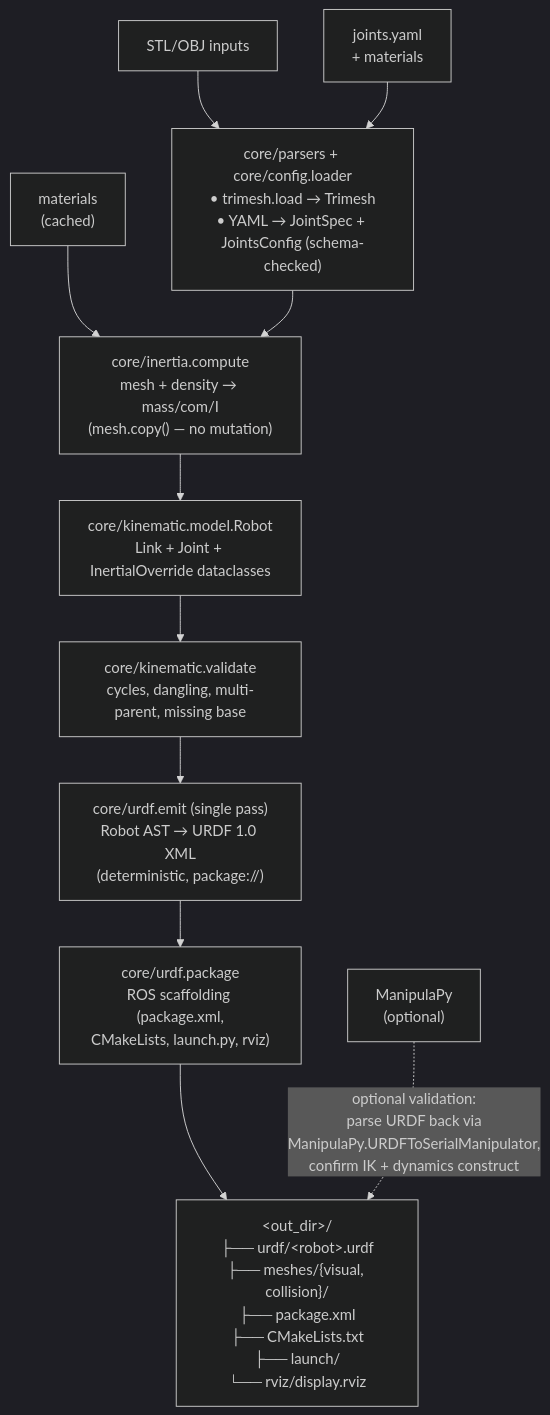
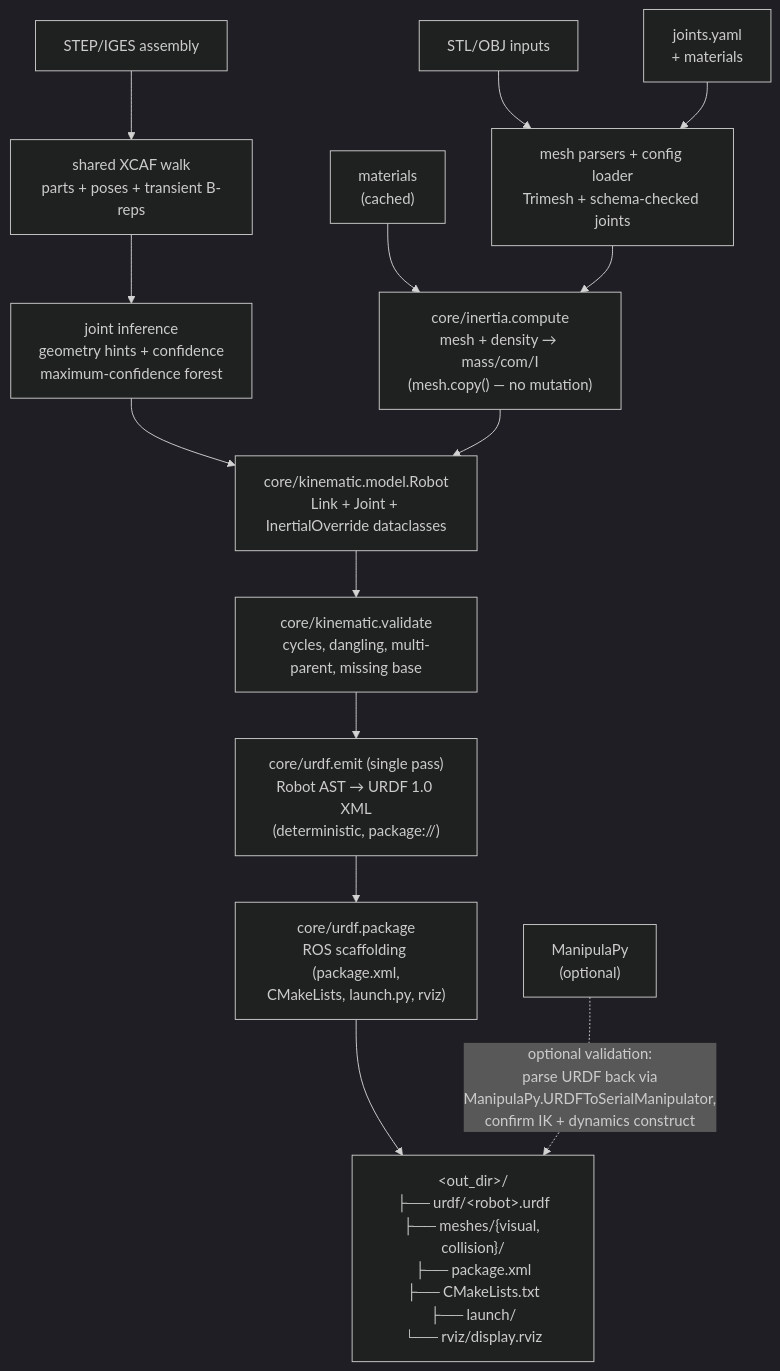
The fourth of 11 diagrams in README.md (boelnasr/CAD_TO_URDF), drawn with Mermaid (dark theme) before and after one commit. The commit also changed other lines of this file and 8 other files, not shown here.

````diff
--- a/README.md
+++ b/README.md
@@ -376,22 +395,27 @@
 ```mermaid
 flowchart TD
-    STL["STL/OBJ inputs"]
+    MESH["STL/OBJ inputs"]
+    CAD["STEP/IGES assembly"]
     YAML["joints.yaml<br/>+ materials"]
     MAT["materials<br/>(cached)"]
     MP["ManipulaPy<br/>(optional)"]
 
-    STL --> PARSE
+    MESH --> PARSE
     YAML --> PARSE
+    CAD --> CAF
     MAT --> INERTIA
 
-    PARSE["core/parsers + core/config.loader<br/>• trimesh.load → Trimesh<br/>• YAML → JointSpec + JointsConfig (schema-checked)"]
+    PARSE["mesh parsers + config loader<br/>Trimesh + schema-checked joints"]
+    CAF["shared XCAF walk<br/>parts + poses + transient B-reps"]
+    INFER["joint inference<br/>geometry hints + confidence<br/>maximum-confidence forest"]
     INERTIA["core/inertia.compute<br/>mesh + density → mass/com/I<br/>(mesh.copy() — no mutation)"]
     MODEL["core/kinematic.model.Robot<br/>Link + Joint + InertialOverride dataclasses"]
     VALIDATE["core/kinematic.validate<br/>cycles, dangling, multi-parent, missing base"]
     EMIT["core/urdf.emit (single pass)<br/>Robot AST → URDF 1.0 XML<br/>(deterministic, package://)"]
     PKG["core/urdf.package<br/>ROS scaffolding (package.xml,<br/>CMakeLists, launch.py, rviz)"]
     OUT["&lt;out_dir&gt;/<br/>├── urdf/&lt;robot&gt;.urdf<br/>├── meshes/{visual, collision}/<br/>├── package.xml<br/>├── CMakeLists.txt<br/>├── launch/<br/>└── rviz/display.rviz"]
 
+    CAF --> INFER --> MODEL
     PARSE --> INERTIA --> MODEL --> VALIDATE --> EMIT --> PKG --> OUT
     MP -. "optional validation:<br/>parse URDF back via<br/>ManipulaPy.URDFToSerialManipulator,<br/>confirm IK + dynamics construct" .-> OUT
 ```
````
